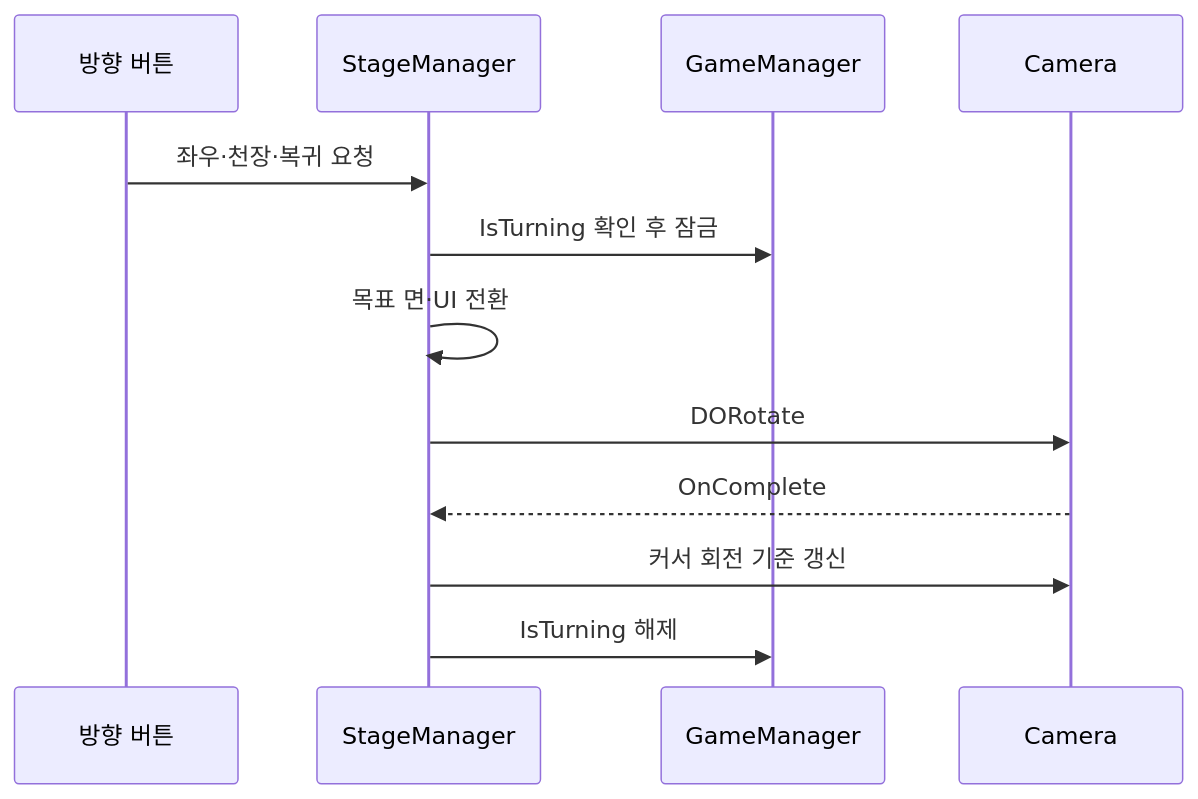
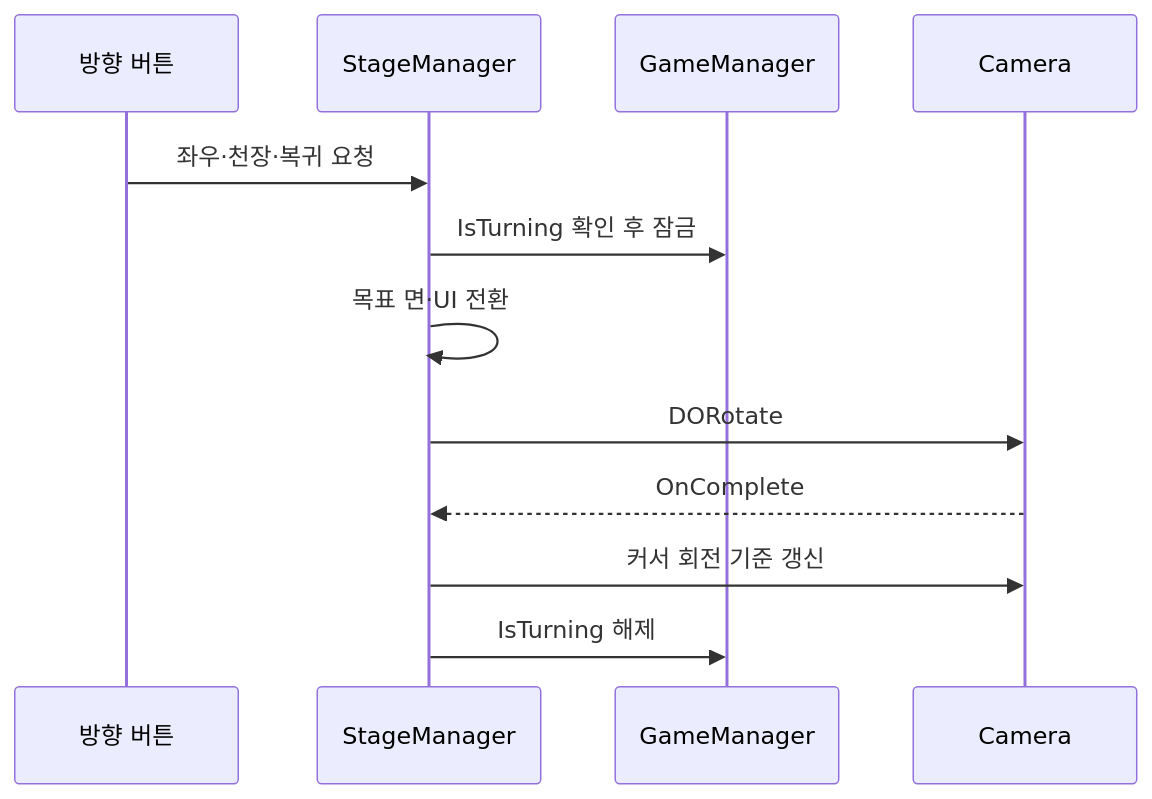
One commit to 1Seong/SaveTheWorld changed the diagram in portfolio/room-navigation/README.md. Above: the diagram before and after it, drawn with Mermaid. The commit also changed 6 other files, not shown here.

Commit message:
docs: fix diagram text layout and feature sample emphasis

````diff
--- a/portfolio/room-navigation/README.md
+++ b/portfolio/room-navigation/README.md
@@ -7,14 +7,15 @@
 ```mermaid
+%%{init: {"htmlLabels": false, "themeVariables": {"fontFamily": "Arial, sans-serif"}, "flowchart": {"padding": 20, "diagramPadding": 20}, "sequence": {"diagramMarginX": 24, "diagramMarginY": 16, "wrap": true}}}%%
 sequenceDiagram
   participant I as 방향 버튼
   participant S as StageManager
   participant G as GameManager
   participant C as Camera
   I->>S: 좌우·천장·복귀 요청
   S->>G: IsTurning 확인 후 잠금
   S->>S: 목표 면·UI 전환
   S->>C: DORotate
   C-->>S: OnComplete
   S->>C: 커서 회전 기준 갱신
   S->>G: IsTurning 해제
 ```
````
